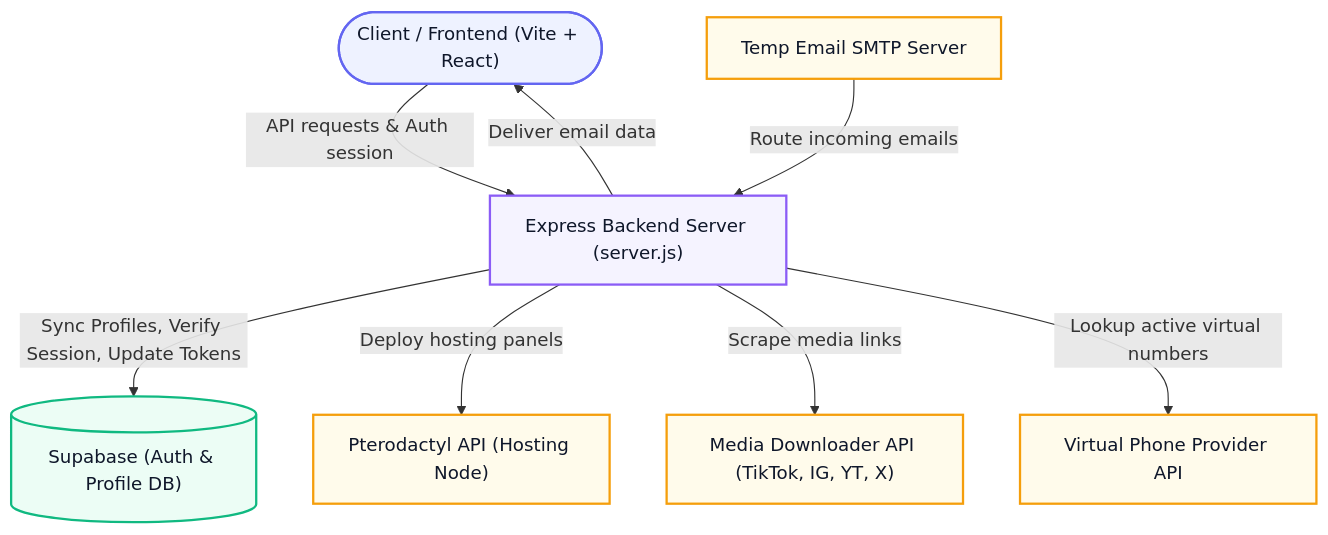
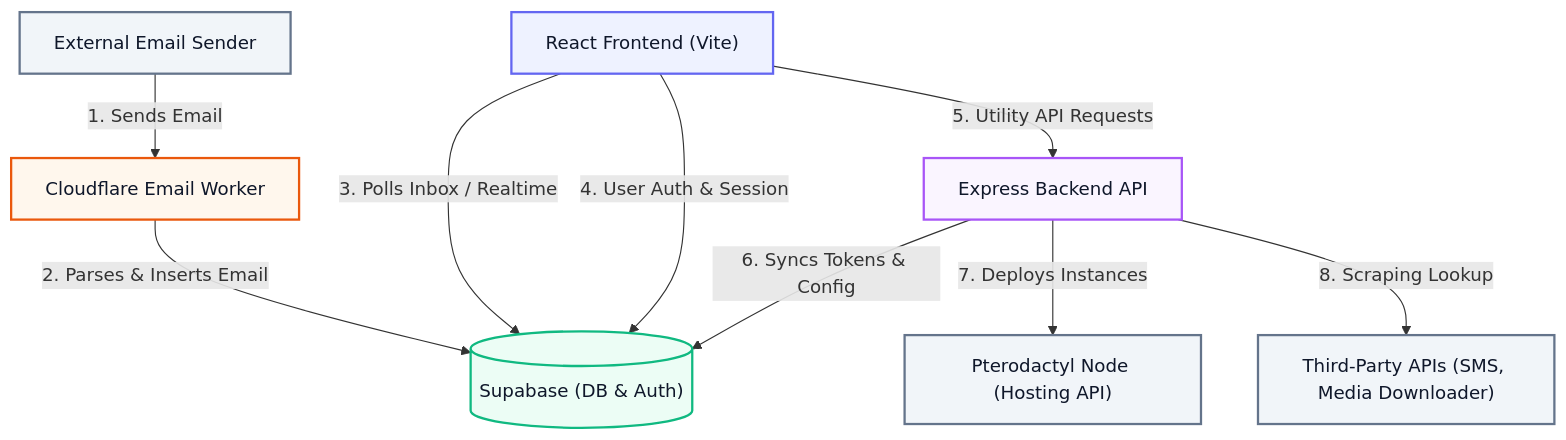
Before and after one commit to AmirSys-dev/CexiStore-TempMail: the diagram in README.md, drawn with Mermaid. The commit also changed other lines of this file, not shown here.

Commit message:
Update README.md with clean architecture documentation and serverless mail routing diagram

````diff
--- a/README.md
+++ b/README.md
@@ -15,32 +25,34 @@
 ```mermaid
 graph TD
-    %% Styling Definitions
     classDef client fill:#eef2ff,stroke:#6366f1,stroke-width:2px,color:#0f172a
-    classDef server fill:#f5f3ff,stroke:#8b5cf6,stroke-width:2px,color:#0f172a
+    classDef worker fill:#fff7ed,stroke:#ea580c,stroke-width:2px,color:#0f172a
     classDef db fill:#ecfdf5,stroke:#10b981,stroke-width:2px,color:#0f172a
-    classDef thirdparty fill:#fffbeb,stroke:#f59e0b,stroke-width:2px,color:#0f172a
+    classDef express fill:#faf5ff,stroke:#a855f7,stroke-width:2px,color:#0f172a
+    classDef ext fill:#f1f5f9,stroke:#64748b,stroke-width:2px,color:#0f172a
 
     %% Nodes
-    User(["Client / Frontend (Vite + React)"])
-    Server["Express Backend Server (server.js)"]
-    Supabase[("Supabase (Auth & Profile DB)")]
-    EmailInbox["Temp Email SMTP Server"]
-    Ptero["Pterodactyl API (Hosting Node)"]
-    MediaDownloader["Media Downloader API (TikTok, IG, YT, X)"]
-    SMSProvider["Virtual Phone Provider API"]
+    Client["React Frontend (Vite)"]
+    CFWorker["Cloudflare Email Worker"]
+    Supabase[("Supabase (DB & Auth)")]
+    Express["Express Backend API"]
+    Sender["External Email Sender"]
+    Ptero["Pterodactyl Node (Hosting API)"]
+    ThirdParty["Third-Party APIs (SMS, Media Downloader)"]
 
-    %% Connections
-    User -->|API requests & Auth session| Server
-    Server -->|Sync Profiles, Verify Session, Update Tokens| Supabase
-    Server -->|Deploy hosting panels| Ptero
-    Server -->|Scrape media links| MediaDownloader
-    Server -->|Lookup active virtual numbers| SMSProvider
-    EmailInbox -->|Route incoming emails| Server
-    Server -->|Deliver email data| User
+    %% Flow
+    Sender -->|1. Sends Email| CFWorker
+    CFWorker -->|2. Parses & Inserts Email| Supabase
+    Client -->|3. Polls Inbox / Realtime| Supabase
+    Client -->|4. User Auth & Session| Supabase
+    Client -->|5. Utility API Requests| Express
+    Express -->|6. Syncs Tokens & Config| Supabase
+    Express -->|7. Deploys Instances| Ptero
+    Express -->|8. Scraping Lookup| ThirdParty
 
-    %% Class Assigning
-    class User client;
-    class Server server;
+    %% Classes
+    class Client client;
+    class CFWorker worker;
     class Supabase db;
-    class Ptero,MediaDownloader,SMSProvider,EmailInbox thirdparty;
+    class Express express;
+    class Sender,Ptero,ThirdParty ext;
 ```
````
